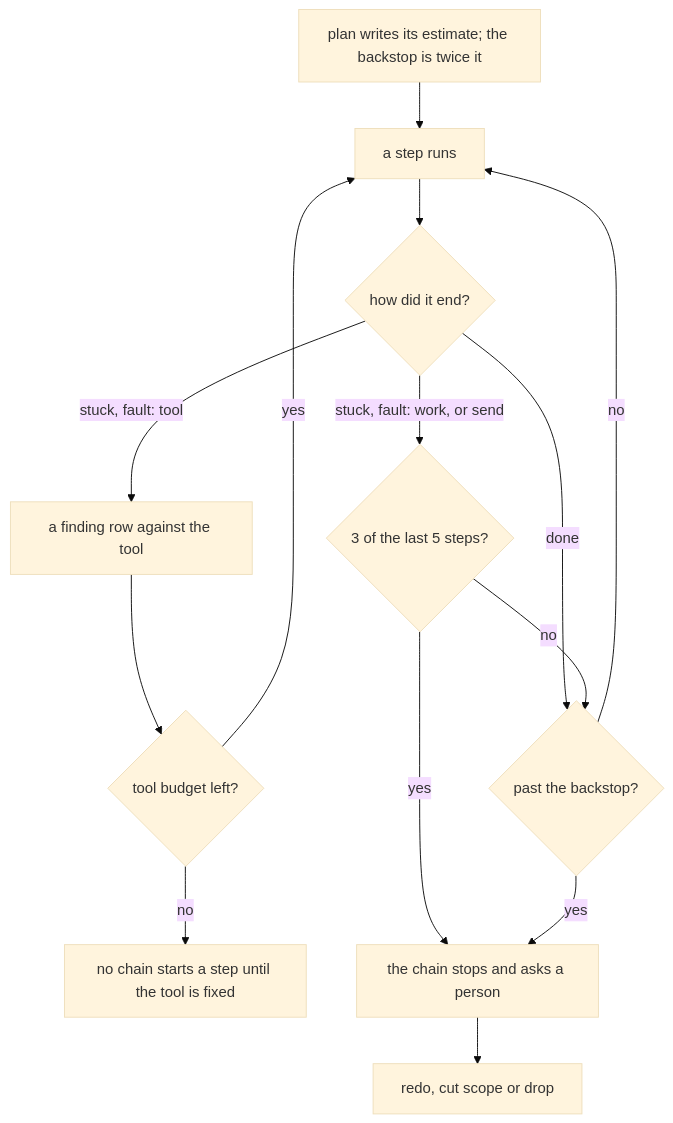
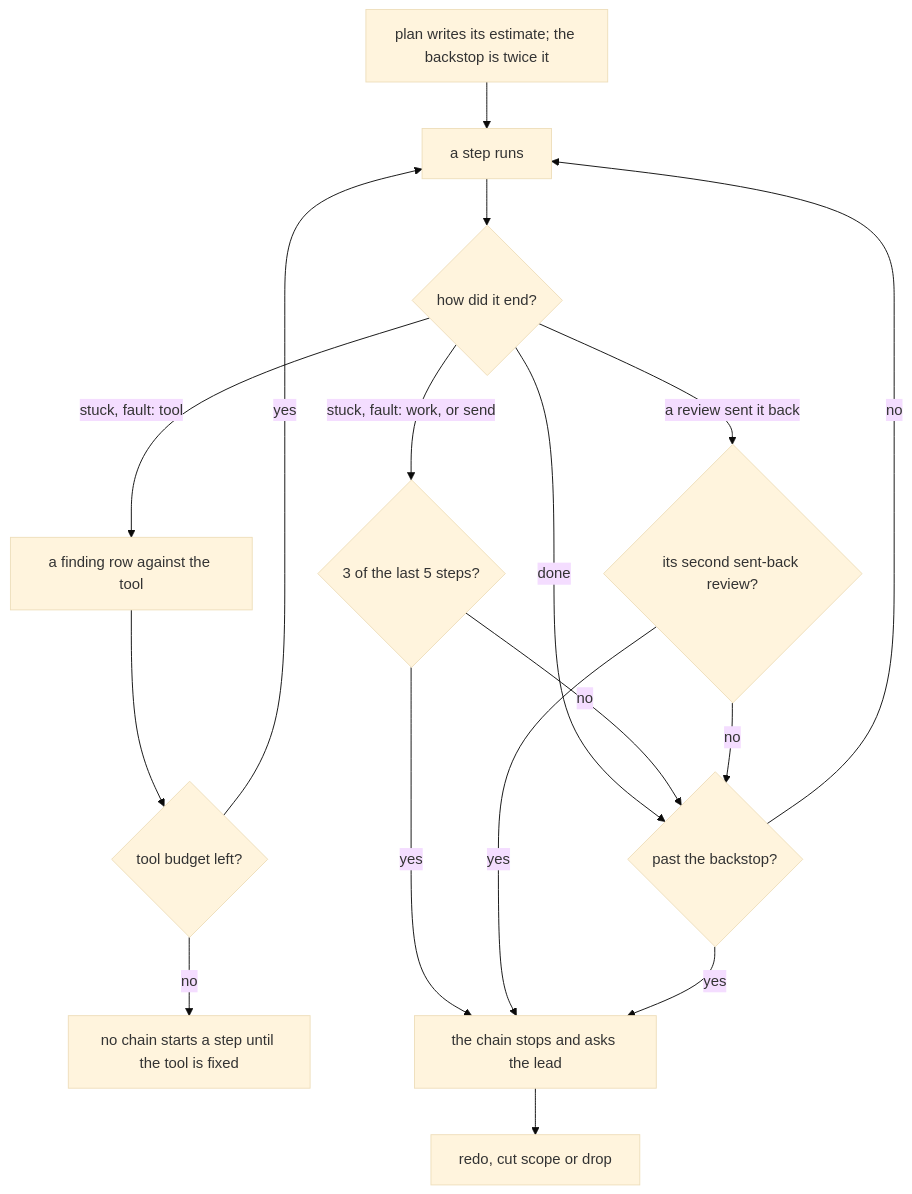
Before and after one commit to kamp-us/tea-fabrika: the diagram in .decisions/0076-a-lane-stops-at-its-budget.md, drawn with Mermaid (base theme). The commit also changed other lines of this file and 8 other files, not shown here.

````diff
--- a/.decisions/0076-a-lane-stops-at-its-budget.md
+++ b/.decisions/0076-a-lane-stops-at-its-budget.md
@@ -17,16 +15,19 @@
 ```mermaid
 flowchart TD
   plan["plan writes its estimate; the backstop is twice it"] --> step["a step runs"]
   step --> how{"how did it end?"}
   how -- "stuck, fault: tool" --> finding["a finding row against the tool"]
   finding --> tools{"tool budget left?"}
   tools -- "yes" --> step
   tools -- "no" --> hold["no chain starts a step until the tool is fixed"]
   how -- "stuck, fault: work, or send" --> window{"3 of the last 5 steps?"}
+  how -- "a review sent it back" --> second{"its second sent-back review?"}
   how -- "done" --> backstop{"past the backstop?"}
   window -- "no" --> backstop
-  window -- "yes" --> stop["the chain stops and asks a person"]
+  window -- "yes" --> stop["the chain stops and asks the lead"]
+  second -- "no" --> backstop
+  second -- "yes" --> stop
   backstop -- "no" --> step
   backstop -- "yes" --> stop
   stop --> answers["redo, cut scope or drop"]
 ```
````
